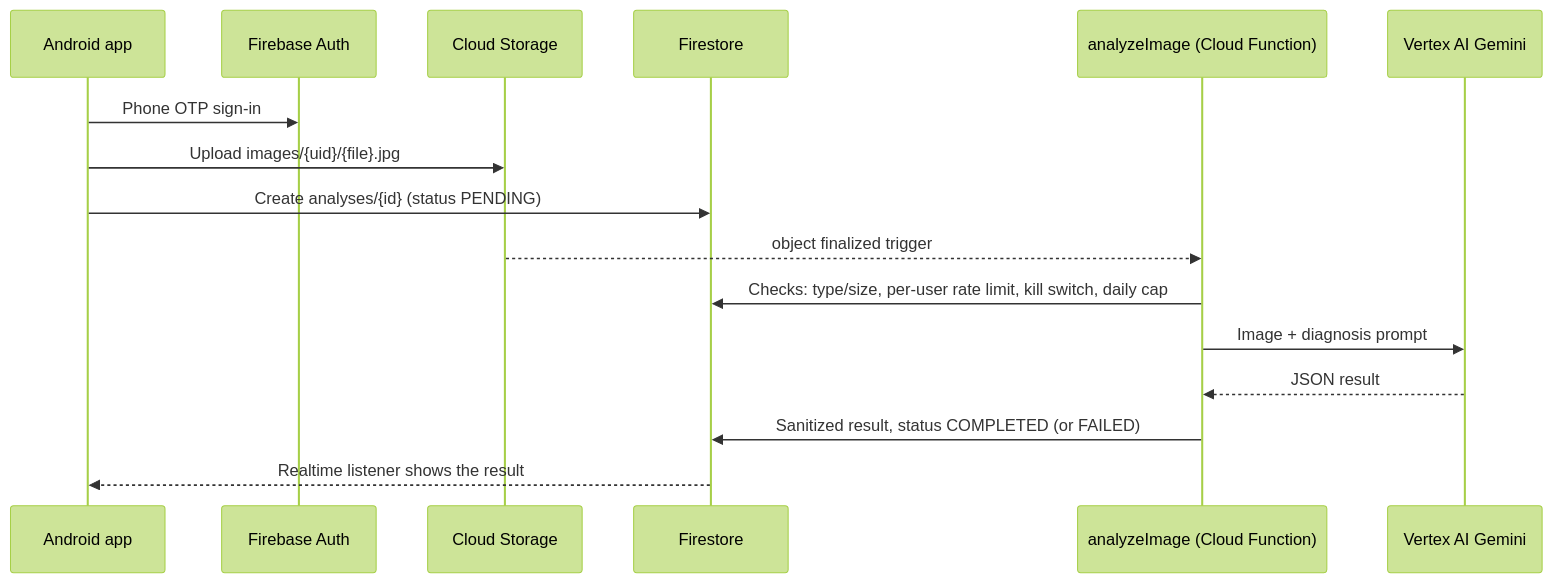
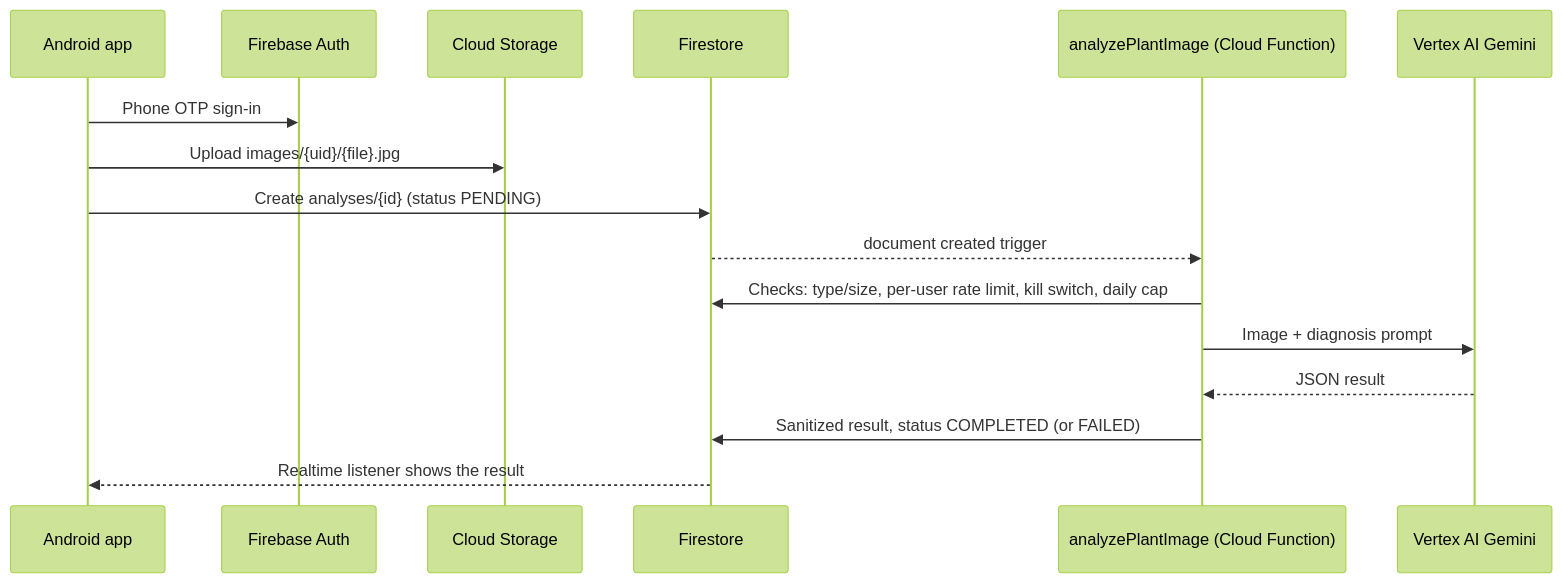
The diagram in README.md (mraja775/krishi-rakshak-ai), drawn with Mermaid (forest theme) before and after one commit. The commit also changed 4 other files, not shown here.

````diff
--- a/README.md
+++ b/README.md
@@ -28,19 +28,19 @@
 ```mermaid
 sequenceDiagram
     participant App as Android app
     participant Auth as Firebase Auth
     participant GCS as Cloud Storage
     participant FS as Firestore
-    participant Fn as analyzeImage (Cloud Function)
+    participant Fn as analyzePlantImage (Cloud Function)
     participant AI as Vertex AI Gemini
 
     App->>Auth: Phone OTP sign-in
     App->>GCS: Upload images/{uid}/{file}.jpg
     App->>FS: Create analyses/{id} (status PENDING)
-    GCS-->>Fn: object finalized trigger
+    FS-->>Fn: document created trigger
     Fn->>FS: Checks: type/size, per-user rate limit, kill switch, daily cap
     Fn->>AI: Image + diagnosis prompt
     AI-->>Fn: JSON result
     Fn->>FS: Sanitized result, status COMPLETED (or FAILED)
     FS-->>App: Realtime listener shows the result
 ```
````
